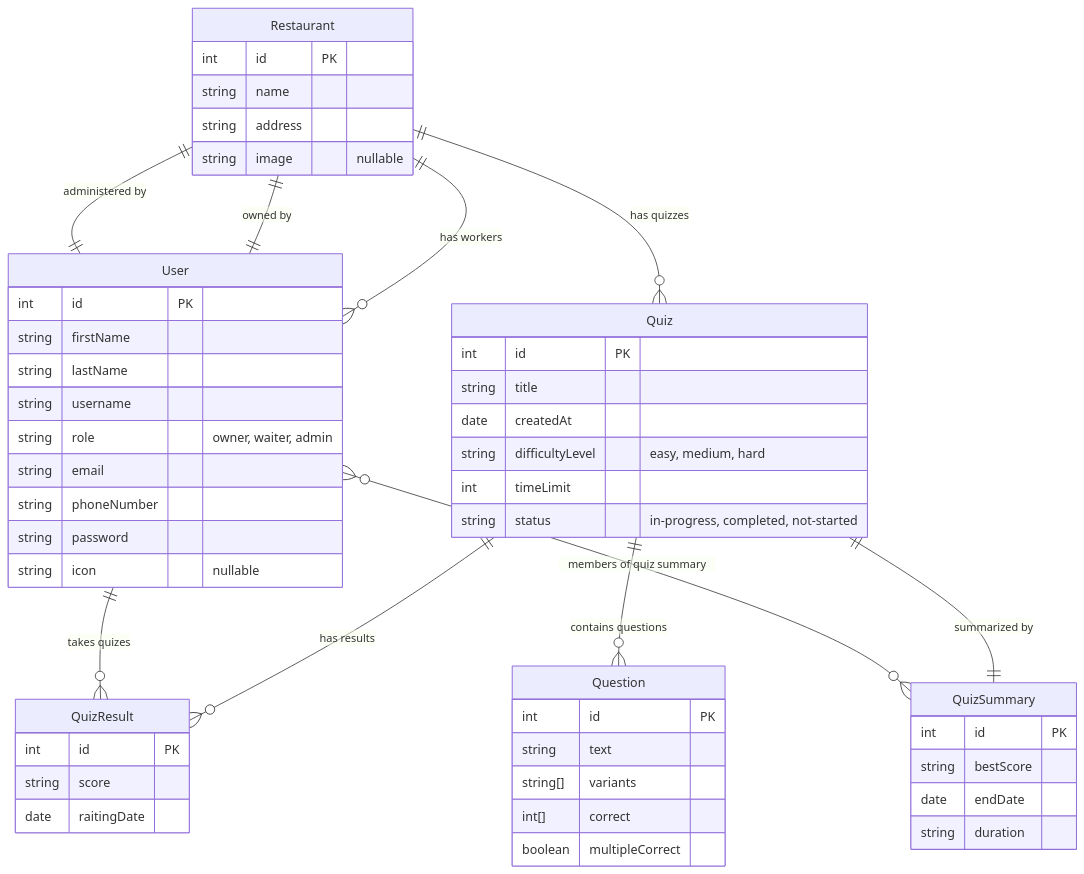
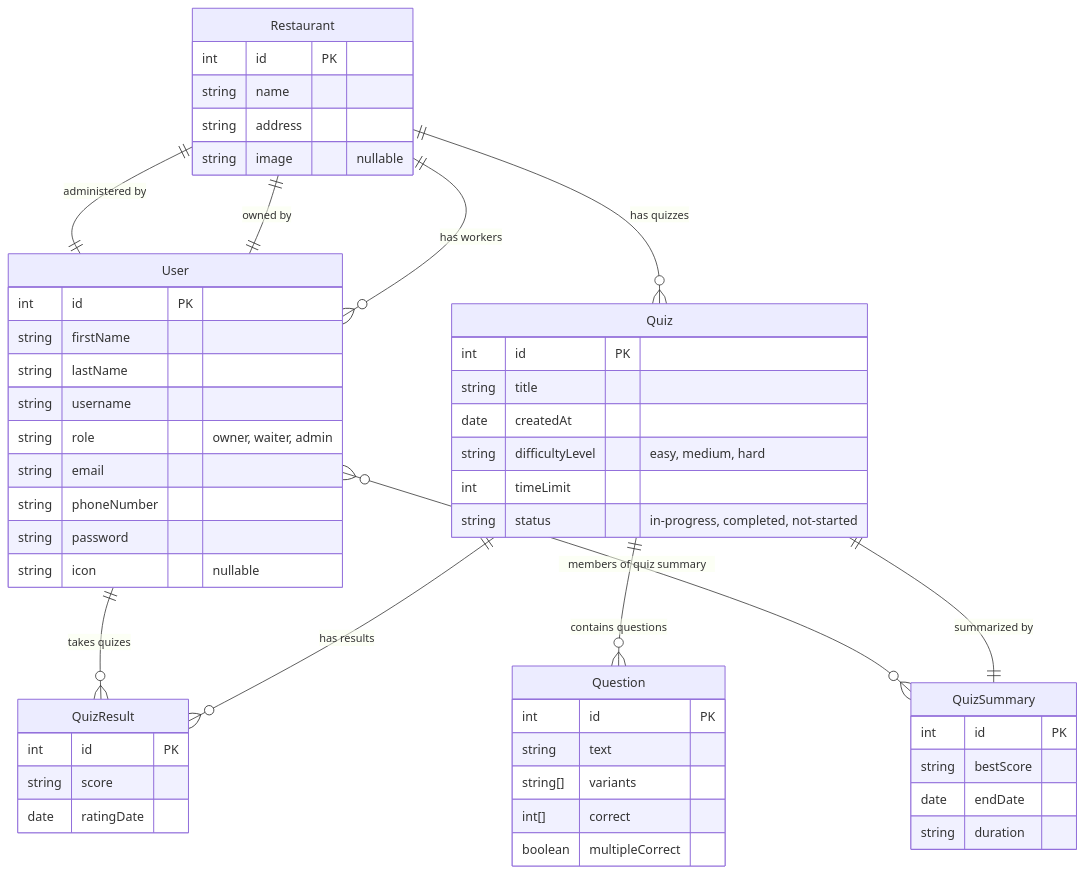
One commit to Iteam-company/restaurant-be changed the diagram in README.md. Above: the diagram before and after it, drawn with Mermaid. The commit also changed 3 other files, not shown here.

Commit message:
feat: quiz-result tests + raiting -> rating

````diff
--- a/README.md
+++ b/README.md
@@ -150,64 +150,64 @@
 ```mermaid
 erDiagram
     User {
         int id PK
         string firstName
         string lastName
         string username
         string role "owner, waiter, admin"
         string email
         string phoneNumber
         string password
         string icon "nullable"
     }
 
     Restaurant {
         int id PK
         string name
         string address
         string image "nullable"
     }
 
     Quiz {
         int id PK
         string title
         date createdAt
         string difficultyLevel "easy, medium, hard"
         int timeLimit
         string status "in-progress, completed, not-started"
     }
 
     Question {
         int id PK
         string text
         string[] variants
         int[] correct
         boolean multipleCorrect
     }
 
     QuizResult {
         int id PK
         string score
-        date raitingDate
+        date ratingDate
     }
 
     QuizSummary {
         int id PK
         string bestScore
         date endDate
         string duration
     }
 
     %% Relationships
     Restaurant ||--o{ User : "has workers"
     Restaurant ||--|| User : "owned by"
     Restaurant ||--|| User : "administered by"
     Restaurant ||--o{ Quiz : "has quizzes"
 
     Quiz ||--o{ Question : "contains questions"
     Quiz ||--o{ QuizResult : "has results"
     Quiz ||--|| QuizSummary : "summarized by"
 
     User ||--o{ QuizResult : "takes quizes"
     User }o--o{ QuizSummary : "members of quiz summary"
 ```
````
